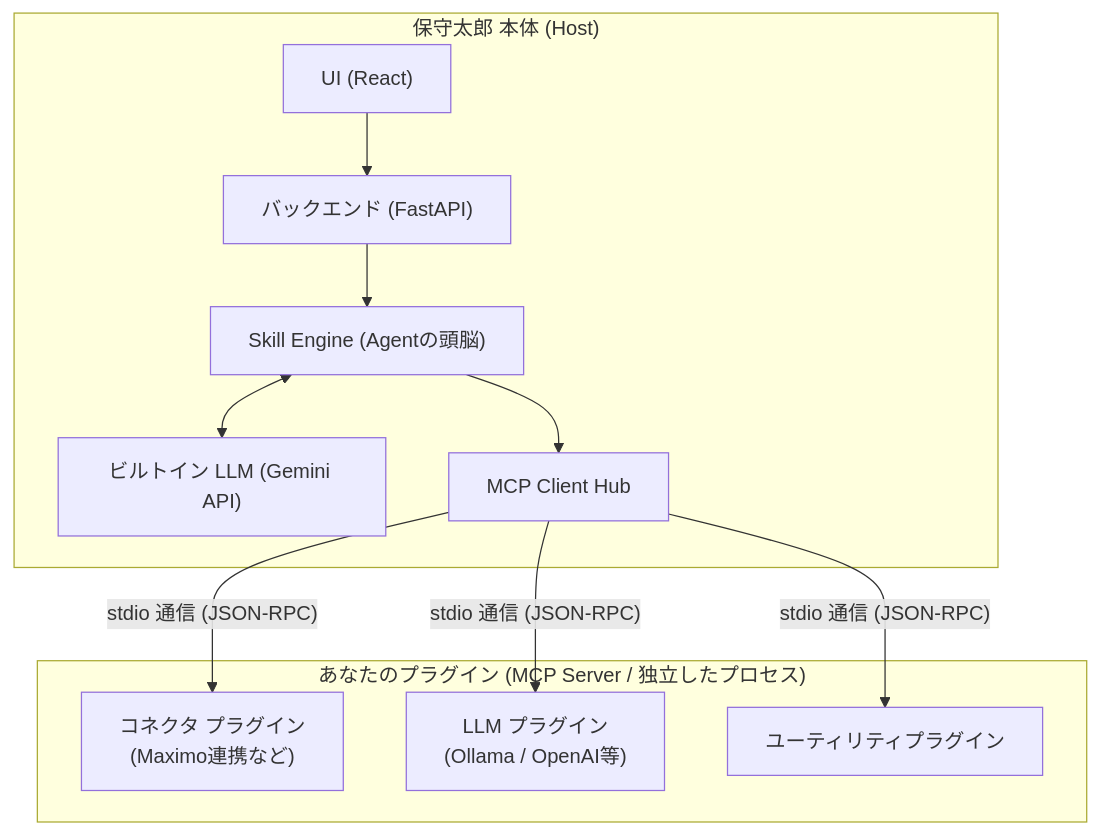
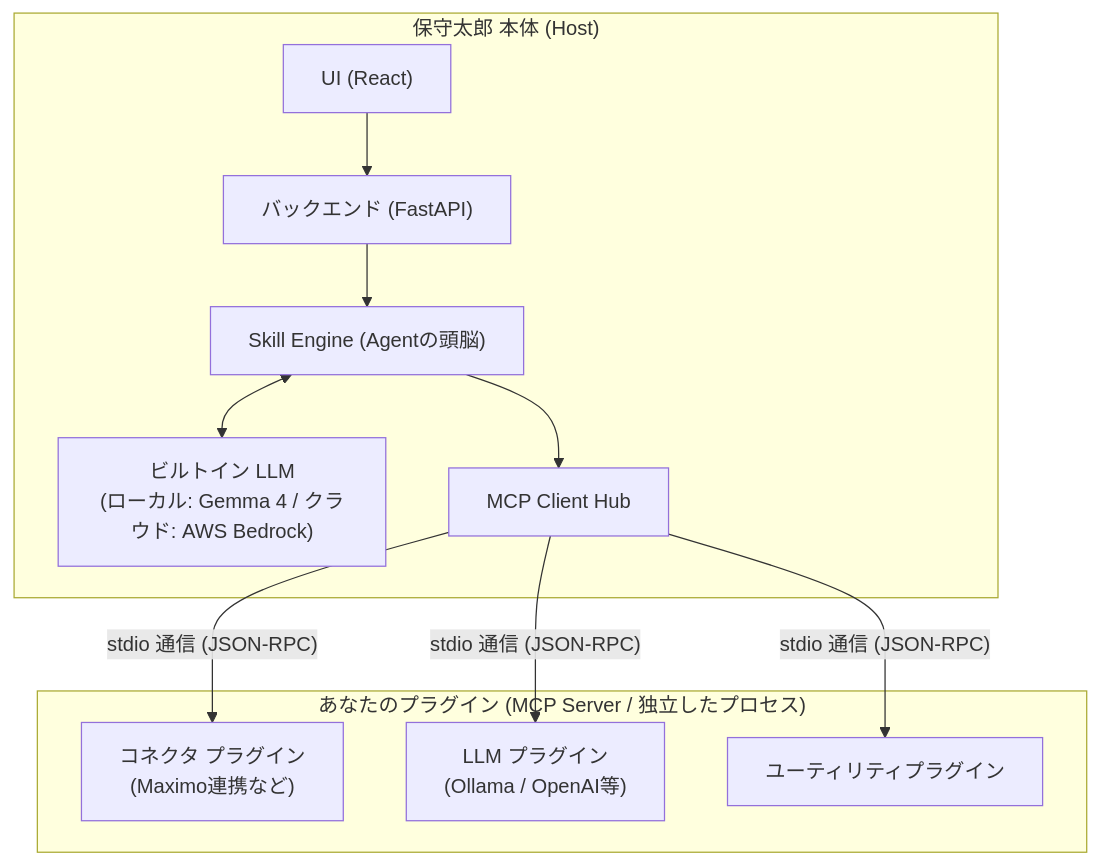
Before and after one commit to woodygaragelab/hoshutaro: the diagram in docs/ARCHITECTURE.md, drawn with Mermaid. The commit also changed other lines of this file and 4 other files, not shown here.

First line of the commit message:
docs: ローカル/クラウド 2モードアーキテクチャに整合

````diff
--- a/docs/ARCHITECTURE.md
+++ b/docs/ARCHITECTURE.md
@@ -16,22 +16,22 @@
 ```mermaid
 graph TB
     subgraph "保守太郎 本体 (Host)"
         UI["UI (React)"]
         BE["バックエンド (FastAPI)"]
-        GEM["ビルトイン LLM (Gemini API)"]
+        GEM["ビルトイン LLM<br/>(ローカル: Gemma 4 / クラウド: AWS Bedrock)"]
         SKILL["Skill Engine (Agentの頭脳)"]
         HUB["MCP Client Hub"]
     end
 
     subgraph "あなたのプラグイン (MCP Server / 独立したプロセス)"
         P1["コネクタ プラグイン<br/>(Maximo連携など)"]
         P2["LLM プラグイン<br/>(Ollama / OpenAI等)"]
         P3["ユーティリティプラグイン"]
     end
 
     UI --> BE
     BE --> SKILL
     SKILL <--> GEM
     SKILL --> HUB
     HUB -- "stdio 通信 (JSON-RPC)" --> P1 & P2 & P3
 ```
````
